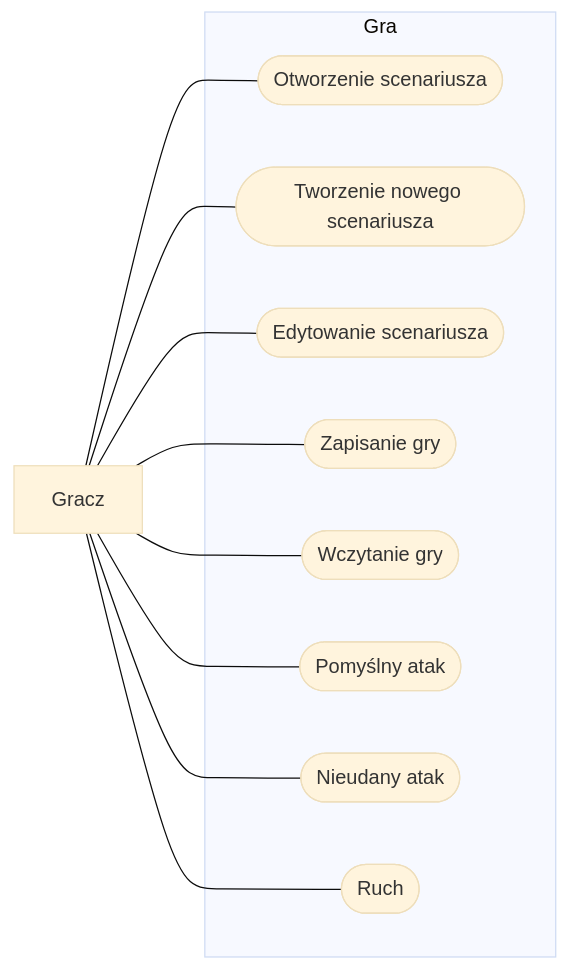
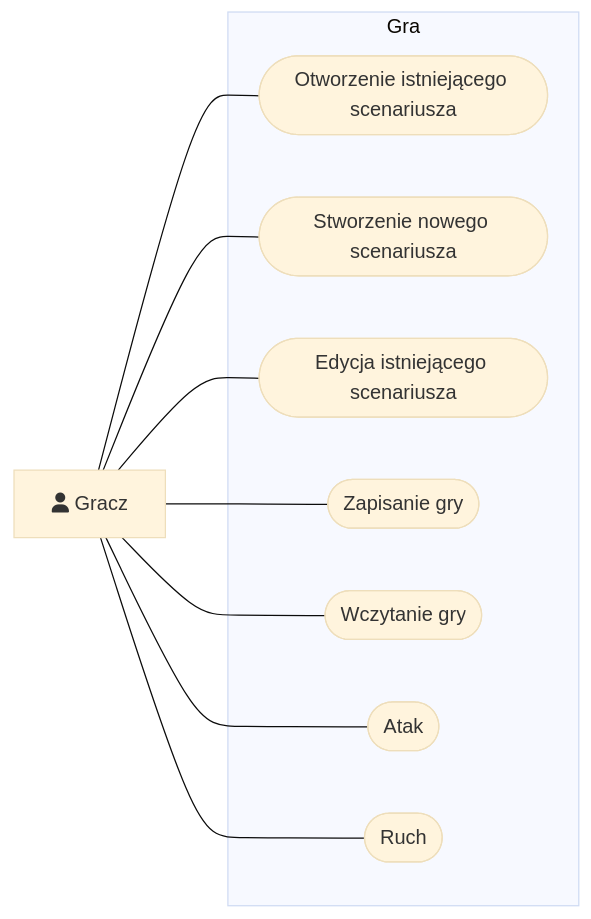
One commit to io-2026-dicegons/dicegons changed the diagram in docs/zadanie3/UseCaseView.md. Above: the diagram before and after it, drawn with Mermaid (base theme). The commit also changed 1 other file, not shown here.

Commit message:
Change format of use cases, added missing exceptions, fix typs

````diff
--- a/docs/zadanie3/UseCaseView.md
+++ b/docs/zadanie3/UseCaseView.md
@@ -1,24 +1,22 @@
 ```mermaid
 graph LR;
     subgraph Gra;
-      U01([ Otworzenie scenariusza]);
-      U02([ Tworzenie nowego scenariusza]);
-      U03([ Edytowanie scenariusza]);
+      U01([ Otworzenie istniejącego scenariusza]);
+      U02([ Stworzenie nowego scenariusza]);
+      U03([ Edycja istniejącego scenariusza]);
       U04([ Zapisanie gry]);
       U05([ Wczytanie gry]);
-      U06([ Pomyślny atak]);
-      U07([ Nieudany atak]);
-      U08([ Ruch]);
+      U06([ Atak]);
+      U07([ Ruch]);
     end;
 
-Gracz[ Gracz];
+Gracz[fa:fa-user Gracz];
 
 Gracz --- U01;
 Gracz --- U02;
 Gracz --- U03;
 Gracz --- U04;
 Gracz --- U05;
 Gracz --- U06;
 Gracz --- U07;
-Gracz --- U08;
 ```
````
